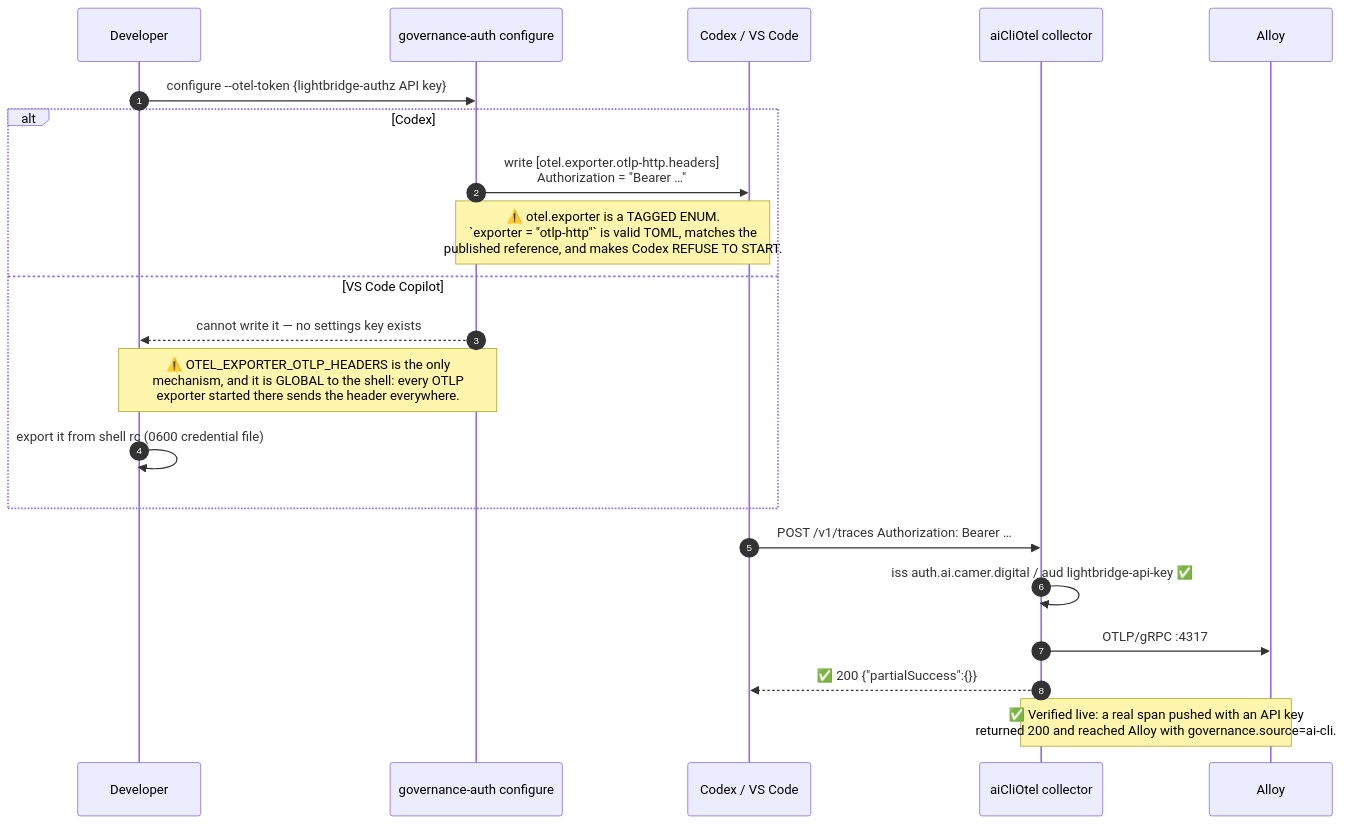
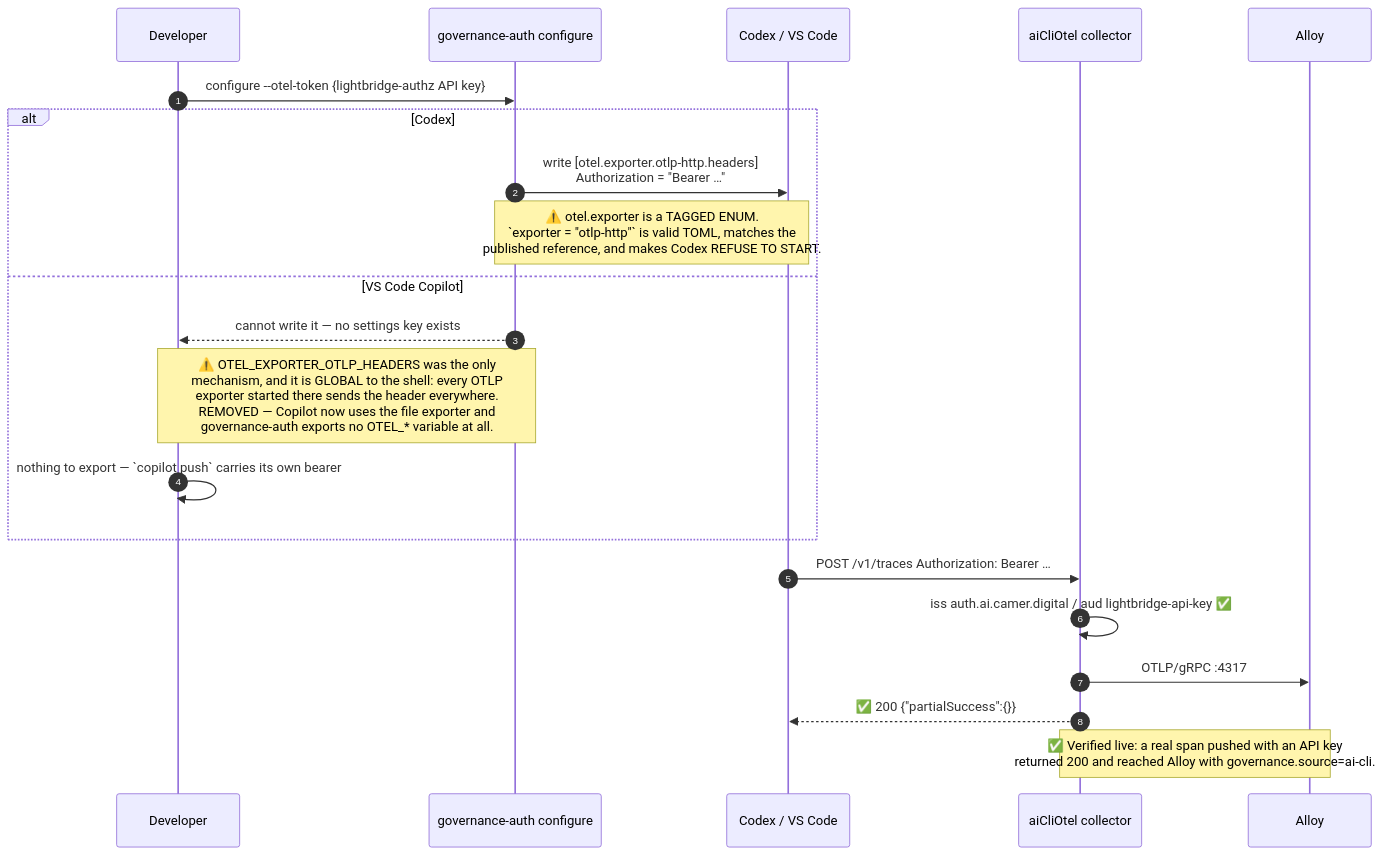
The sixth of 10 diagrams in docs/integrations/ai-client-flows.md (ADORSYS-GIS/lightbridge-governance), drawn with Mermaid before and after one commit. The commit also changed 6 other files, not shown here.

````diff
--- a/docs/integrations/ai-client-flows.md
+++ b/docs/integrations/ai-client-flows.md
@@ -225,27 +225,27 @@
 ```mermaid
 sequenceDiagram
     autonumber
     participant Dev as Developer
     participant ga as governance-auth configure
     participant CX as Codex / VS Code
     participant OTEL as aiCliOtel collector
     participant Alloy
 
     Dev->>ga: configure --otel-token {lightbridge-authz API key}
 
     alt Codex
         ga->>CX: write [otel.exporter.otlp-http.headers]<br/>Authorization = "Bearer …"
         Note over ga,CX: ⚠️ otel.exporter is a TAGGED ENUM.<br/>`exporter = "otlp-http"` is valid TOML, matches the<br/>published reference, and makes Codex REFUSE TO START.
     else VS Code Copilot
         ga-->>Dev: cannot write it — no settings key exists
-        Note over ga,Dev: ⚠️ OTEL_EXPORTER_OTLP_HEADERS is the only<br/>mechanism, and it is GLOBAL to the shell: every OTLP<br/>exporter started there sends the header everywhere.
-        Dev->>Dev: export it from shell rc (0600 credential file)
+        Note over ga,Dev: ⚠️ OTEL_EXPORTER_OTLP_HEADERS was the only<br/>mechanism, and it is GLOBAL to the shell: every OTLP<br/>exporter started there sends the header everywhere.<br/>REMOVED — Copilot now uses the file exporter and<br/>governance-auth exports no OTEL_* variable at all.
+        Dev->>Dev: nothing to export — `copilot push` carries its own bearer
     end
 
     CX->>OTEL: POST /v1/traces  Authorization: Bearer …
     OTEL->>OTEL: iss auth.ai.camer.digital / aud lightbridge-api-key ✅
     OTEL->>Alloy: OTLP/gRPC :4317
     OTEL-->>CX: ✅ 200 {"partialSuccess":{}}
 
     Note over OTEL,Alloy: ✅ Verified live: a real span pushed with an API key<br/>returned 200 and reached Alloy with governance.source=ai-cli.
 ```
````
